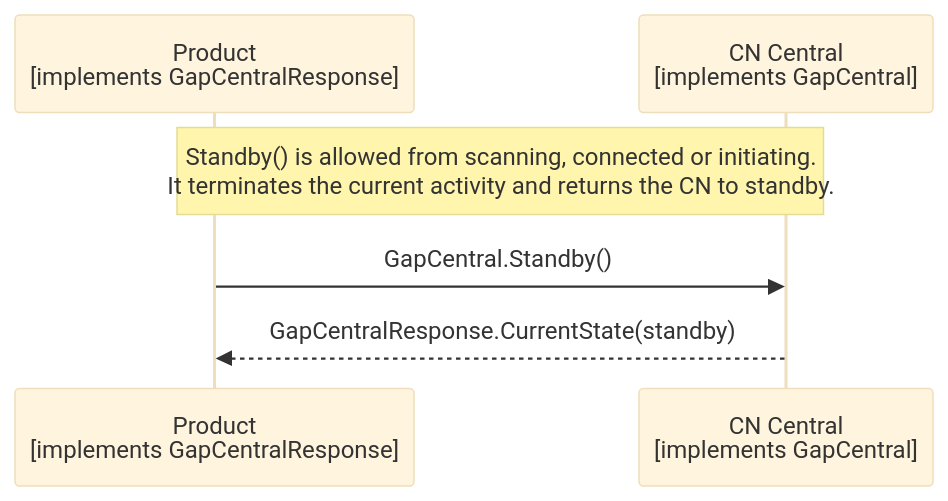
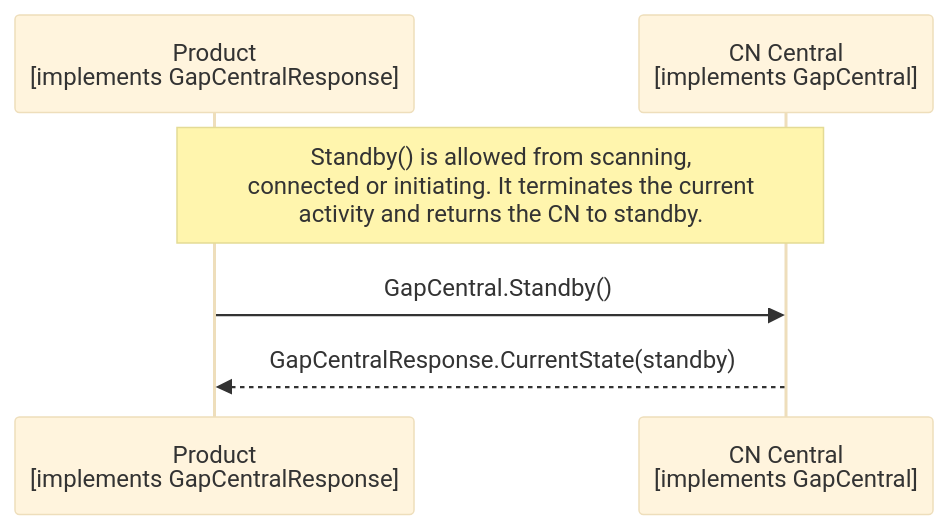
The diagram in documents/modules/ROOT/partials/echoservices/gap_central/GapCentral_Standby_sequence.mmd (philips-software/amp-embedded-infra-lib), drawn with Mermaid (base theme) before and after one commit. The commit also changed 5 other files, not shown here.

```diff
--- a/documents/modules/ROOT/partials/echoservices/gap_central/GapCentral_Standby_sequence.mmd
+++ b/documents/modules/ROOT/partials/echoservices/gap_central/GapCentral_Standby_sequence.mmd
@@ -1,6 +1,6 @@
 sequenceDiagram
     participant Product as Product<br>[implements GapCentralResponse]
     participant CN as CN Central<br>[implements GapCentral]
-    Note over Product, CN: Standby() is allowed from scanning, connected or initiating.<br>It terminates the current activity and returns the CN to standby.
+    Note over Product, CN: Standby() is allowed from scanning,<br>connected or initiating. It terminates the current<br>activity and returns the CN to standby.
     Product->>CN: GapCentral.Standby()
     CN-->>Product: GapCentralResponse.CurrentState(standby)
```
